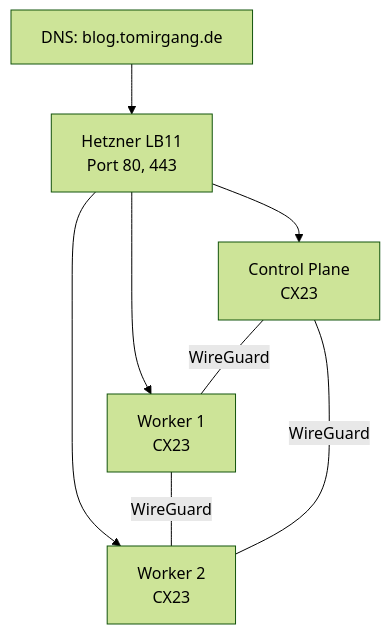
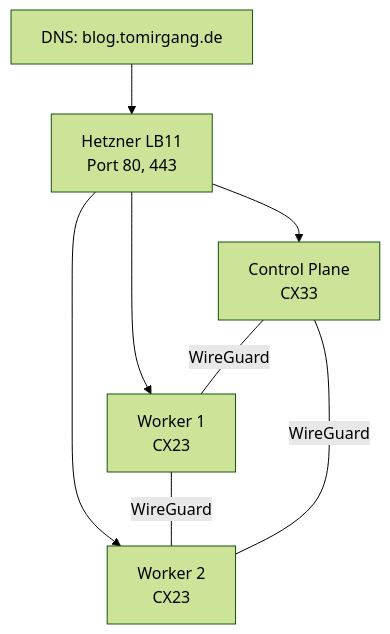
One commit to tomirgang/tomsblog changed the diagram in docs/infra/modules/ROOT/pages/cluster-setup/networking.adoc. Above: the diagram before and after it, drawn with Mermaid (forest theme). The commit also changed 6 other files, not shown here.

```diff
--- a/docs/infra/modules/ROOT/pages/cluster-setup/networking.adoc
+++ b/docs/infra/modules/ROOT/pages/cluster-setup/networking.adoc
@@ -8,11 +8,11 @@
 [mermaid]
 ----
 graph TB
     DNS[DNS: blog.tomirgang.de] --> LB[Hetzner LB11<br/>Port 80, 443]
-    LB --> N1[Control Plane<br/>CX23]
+    LB --> N1[Control Plane<br/>CX33]
     LB --> N2[Worker 1<br/>CX23]
     LB --> N3[Worker 2<br/>CX23]
     N1 ---|WireGuard| N2
     N2 ---|WireGuard| N3
     N1 ---|WireGuard| N3
 ----
```
